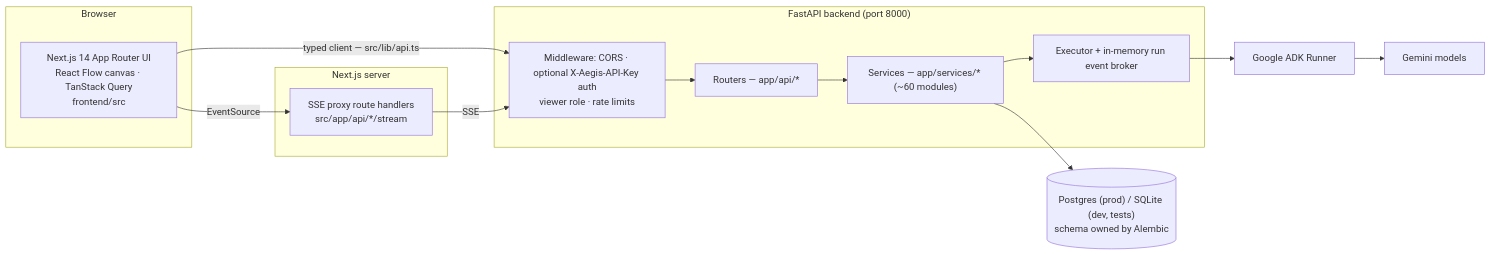
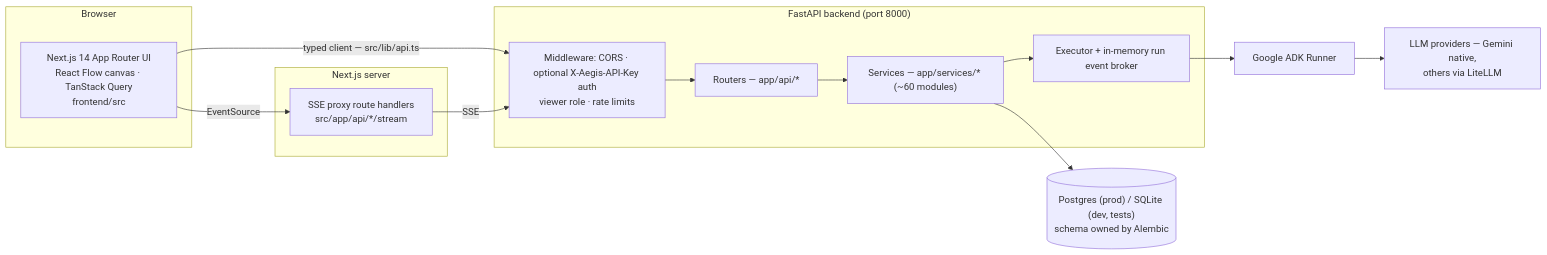
Before and after one commit to himanshu-nakrani/aegis: the first of 6 diagrams in docs/architecture.md, drawn with Mermaid. The commit also changed other lines of this file and 7 other files, not shown here.

````diff
--- a/docs/architecture.md
+++ b/docs/architecture.md
@@ -17,23 +18,23 @@
 ```mermaid
 flowchart LR
     subgraph browser["Browser"]
         UI["Next.js 14 App Router UI<br/>React Flow canvas · TanStack Query<br/>frontend/src"]
     end
     subgraph nextsrv["Next.js server"]
         PROXY["SSE proxy route handlers<br/>src/app/api/*/stream"]
     end
     subgraph fastapi["FastAPI backend (port 8000)"]
         MW["Middleware: CORS · optional X-Aegis-API-Key auth<br/>viewer role · rate limits"]
         ROUTERS["Routers — app/api/*"]
         SVC["Services — app/services/* (~60 modules)"]
         EXEC["Executor + in-memory run event broker"]
     end
     DB[("Postgres (prod) / SQLite (dev, tests)<br/>schema owned by Alembic")]
     ADK["Google ADK Runner"]
-    GEMINI["Gemini models"]
+    LLM["LLM providers — Gemini native,<br/>others via LiteLLM"]
 
     UI -->|"typed client — src/lib/api.ts"| MW
     UI -->|"EventSource"| PROXY -->|"SSE"| MW
     MW --> ROUTERS --> SVC --> DB
-    SVC --> EXEC --> ADK --> GEMINI
+    SVC --> EXEC --> ADK --> LLM
 ```
````
